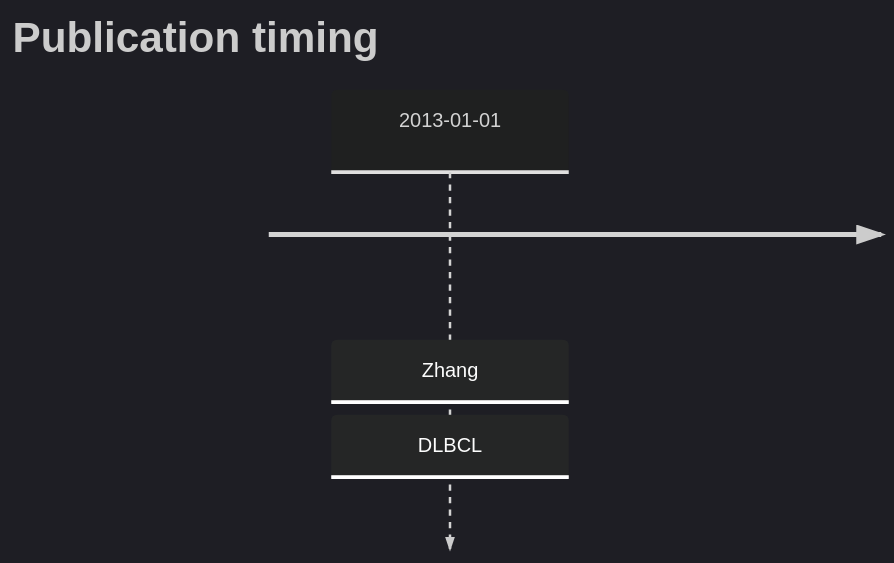
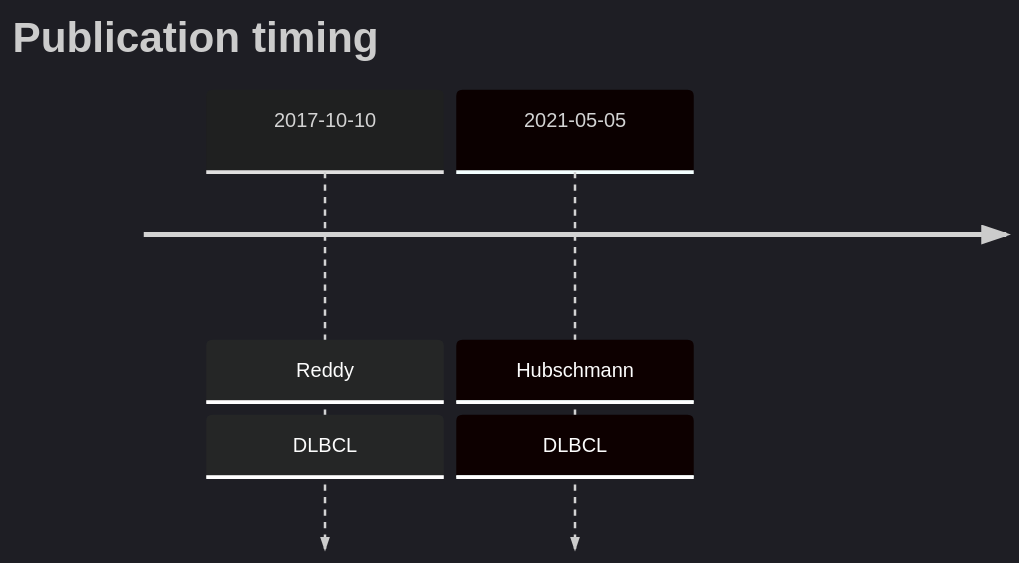
Before and after one commit to morinlab/lymphopedia: the diagram in ZNF292.md, drawn with Mermaid. The commit also changed other lines of this file, not shown here.

````diff
--- a/ZNF292.md
+++ b/ZNF292.md
@@ -9,6 +9,7 @@
 ```mermaid
 %%{init: { 'logLevel': 'debug', 'theme': 'dark' } }%%
 timeline
     title Publication timing
-      2013-01-01 : Zhang : DLBCL
+2017-10-10 : Reddy : DLBCL
+2021-05-05 : Hubschmann : DLBCL
 ```
````
